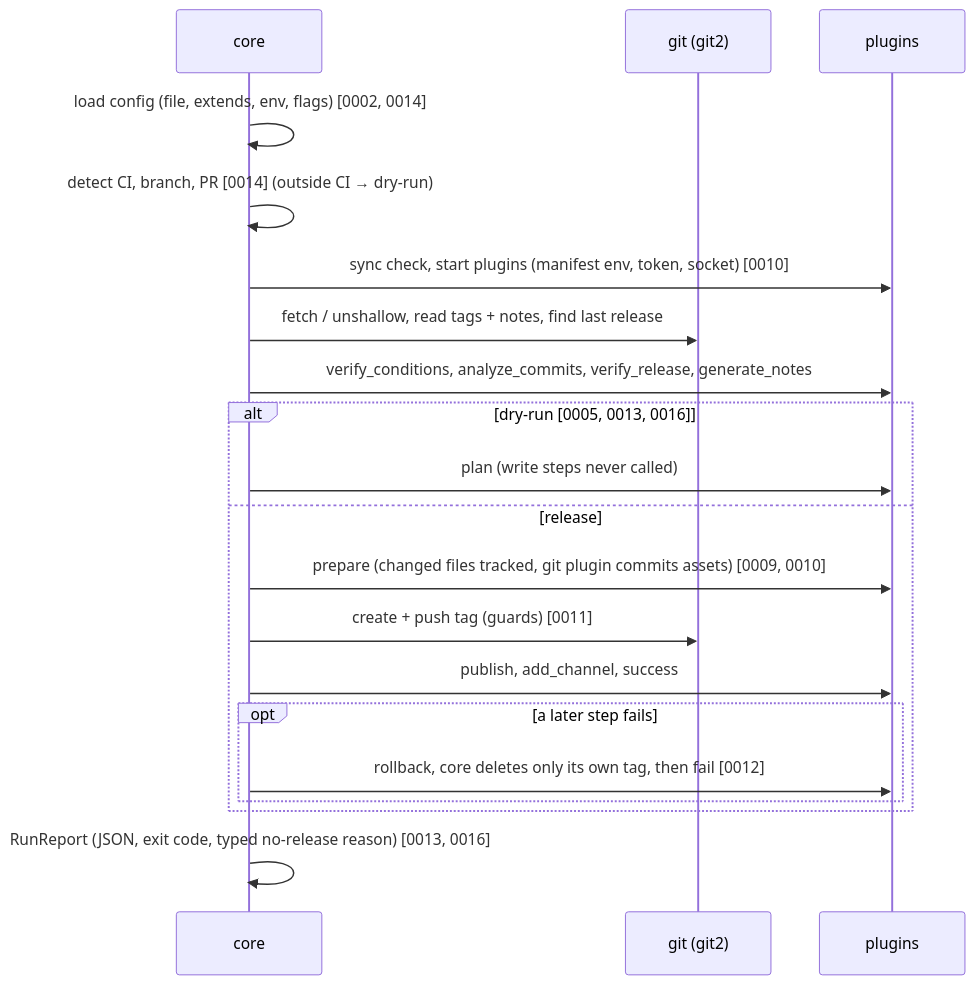
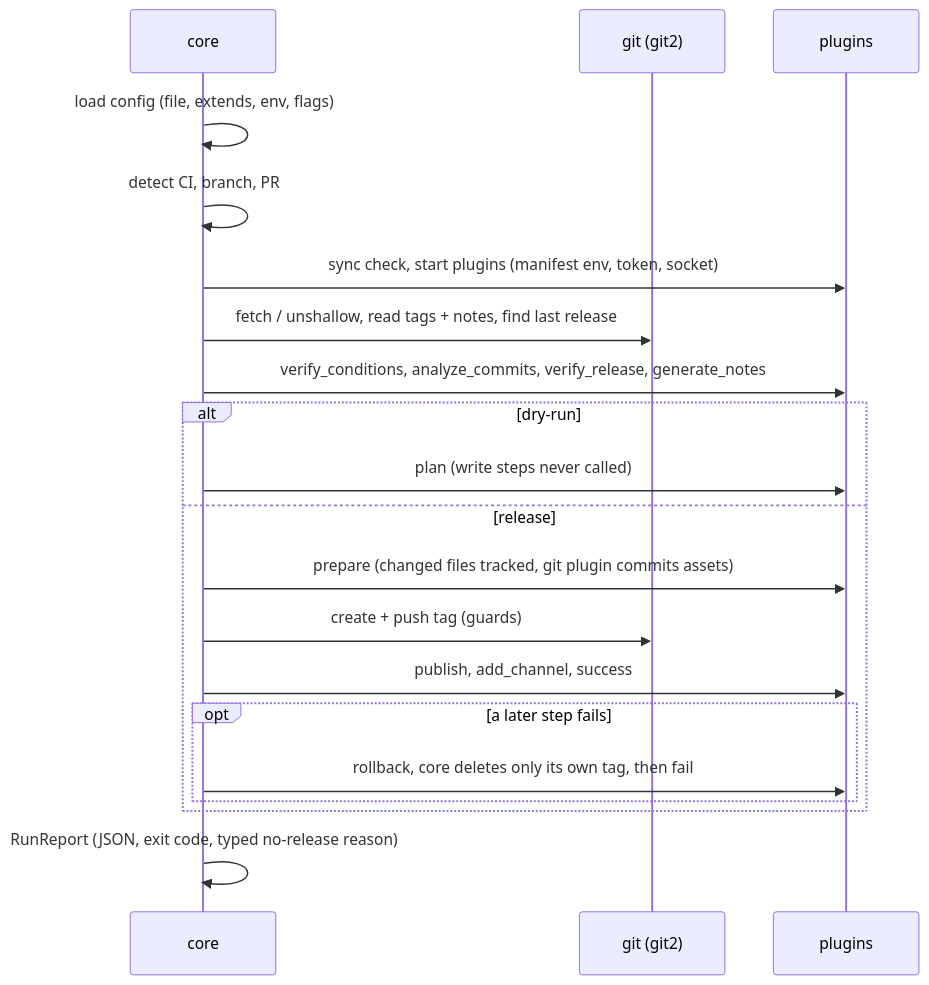
The fourth of 8 diagrams in docs/ARCHITECTURE.md (semoxide/semoxide), drawn with Mermaid before and after one commit. The commit also changed other lines of this file and 154 other files, not shown here.

````diff
--- a/docs/ARCHITECTURE.md
+++ b/docs/ARCHITECTURE.md
@@ -72,22 +71,22 @@
 ```mermaid
 sequenceDiagram
     participant C as core
     participant G as git (git2)
     participant P as plugins
-    C->>C: load config (file, extends, env, flags) [0002, 0014]
-    C->>C: detect CI, branch, PR [0014] (outside CI → dry-run)
-    C->>P: sync check, start plugins (manifest env, token, socket) [0010]
+    C->>C: load config (file, extends, env, flags)
+    C->>C: detect CI, branch, PR
+    C->>P: sync check, start plugins (manifest env, token, socket)
     C->>G: fetch / unshallow, read tags + notes, find last release
     C->>P: verify_conditions, analyze_commits, verify_release, generate_notes
-    alt dry-run [0005, 0013, 0016]
+    alt dry-run
         C->>P: plan (write steps never called)
     else release
-        C->>P: prepare (changed files tracked, git plugin commits assets) [0009, 0010]
-        C->>G: create + push tag (guards) [0011]
+        C->>P: prepare (changed files tracked, git plugin commits assets)
+        C->>G: create + push tag (guards)
         C->>P: publish, add_channel, success
         opt a later step fails
-            C->>P: rollback, core deletes only its own tag, then fail [0012]
+            C->>P: rollback, core deletes only its own tag, then fail
         end
     end
-    C->>C: RunReport (JSON, exit code, typed no-release reason) [0013, 0016]
+    C->>C: RunReport (JSON, exit code, typed no-release reason)
 ```
````
